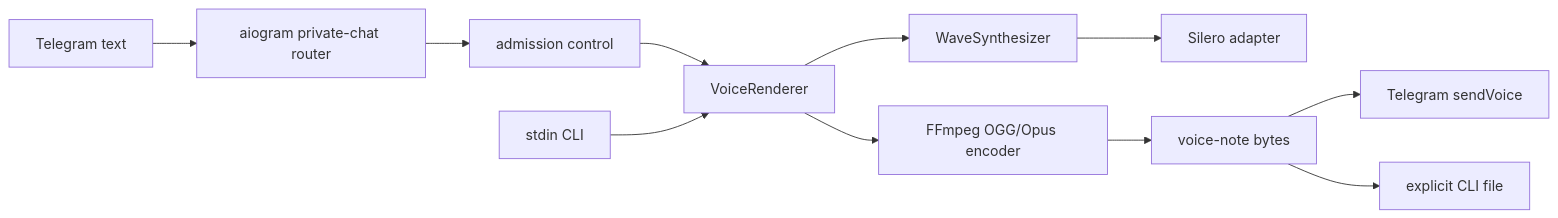
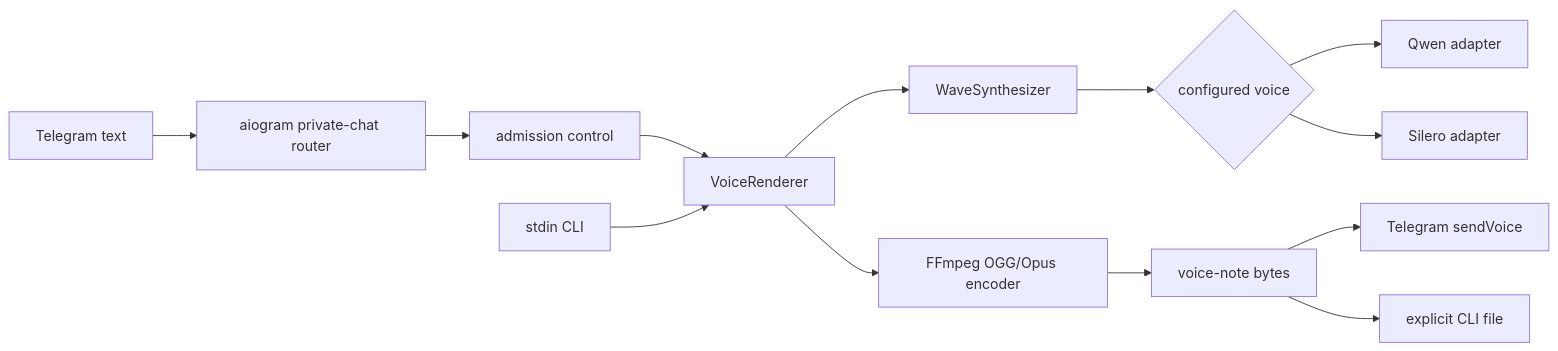
One commit to ihoru/telegram-tts-bot changed the diagram in README.md. Above: the diagram before and after it, drawn with Mermaid. The commit also changed other lines of this file and 56 other files, not shown here.

Commit message:
feat: migrate to Qwen TTS with Silero fallback

````diff
--- a/README.md
+++ b/README.md
@@ -162,13 +191,15 @@
 ```mermaid
 flowchart LR
     telegram[Telegram text] --> router[aiogram private-chat router]
     router --> gate[admission control]
     gate --> renderer[VoiceRenderer]
     stdin[stdin CLI] --> renderer
     renderer --> synth[WaveSynthesizer]
-    synth --> silero[Silero adapter]
+    synth --> provider{configured voice}
+    provider --> qwen[Qwen adapter]
+    provider --> silero[Silero adapter]
     renderer --> opus[FFmpeg OGG/Opus encoder]
     opus --> voice[voice-note bytes]
     voice --> telegram_api[Telegram sendVoice]
     voice --> file[explicit CLI file]
 ```
````
